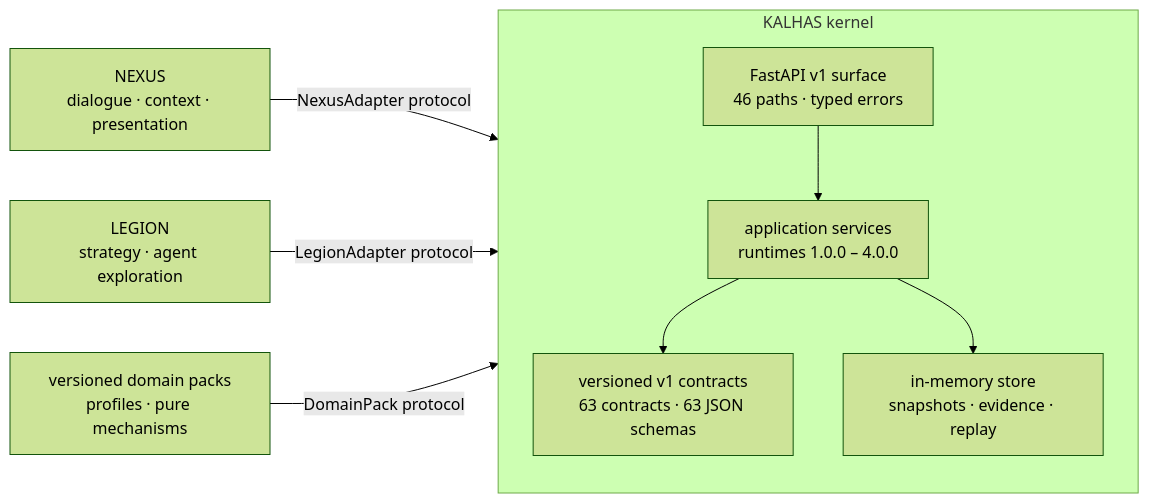
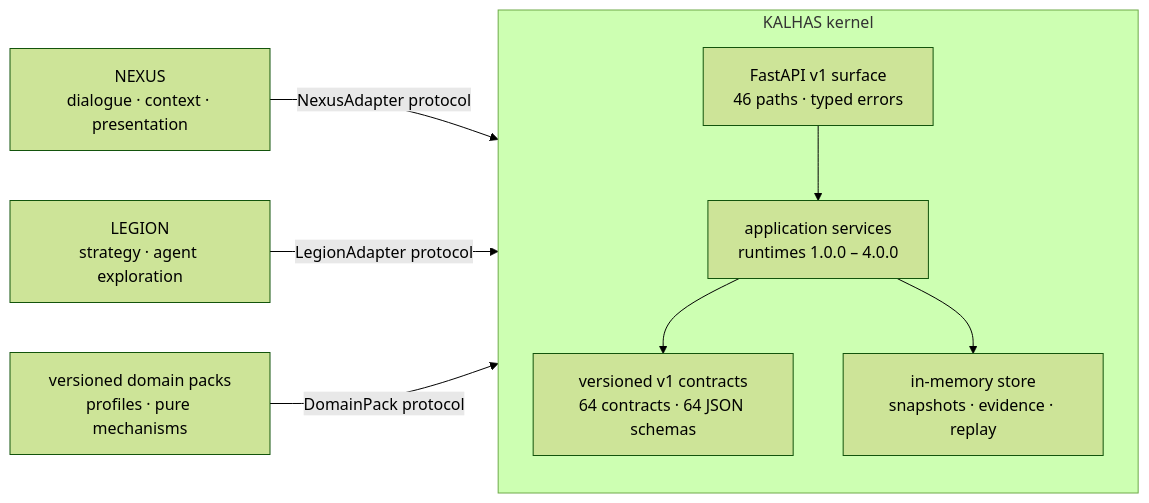
One commit to Encomm-Tensor-Intelligence/Encomm_Kalhas changed the diagram in README.md. Above: the diagram before and after it, drawn with Mermaid (forest theme). The commit also changed other lines of this file and 14 other files, not shown here.

````diff
--- a/README.md
+++ b/README.md
@@ -82,21 +82,21 @@
 ```mermaid
 flowchart LR
     NEXUS["NEXUS<br/>dialogue · context · presentation"]
     LEGION["LEGION<br/>strategy · agent exploration"]
 
     subgraph KALHAS["KALHAS kernel"]
         direction TB
         API["FastAPI v1 surface<br/>46 paths · typed errors"]
         APP["application services<br/>runtimes 1.0.0 – 4.0.0"]
-        CON["versioned v1 contracts<br/>63 contracts · 63 JSON schemas"]
+        CON["versioned v1 contracts<br/>64 contracts · 64 JSON schemas"]
         STORE["in-memory store<br/>snapshots · evidence · replay"]
         API --> APP --> CON
         APP --> STORE
     end
 
     PACK["versioned domain packs<br/>profiles · pure mechanisms"]
 
     NEXUS -->|NexusAdapter protocol| API
     LEGION -->|LegionAdapter protocol| API
     PACK -->|DomainPack protocol| APP
 ```
````
